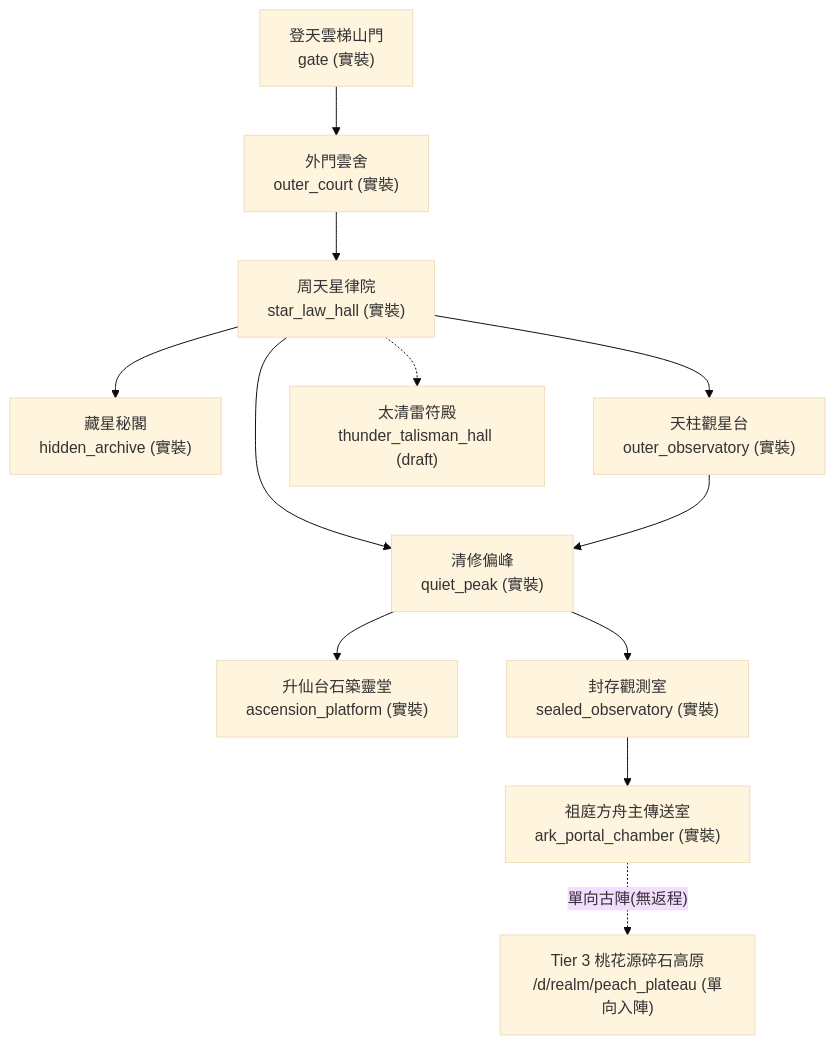
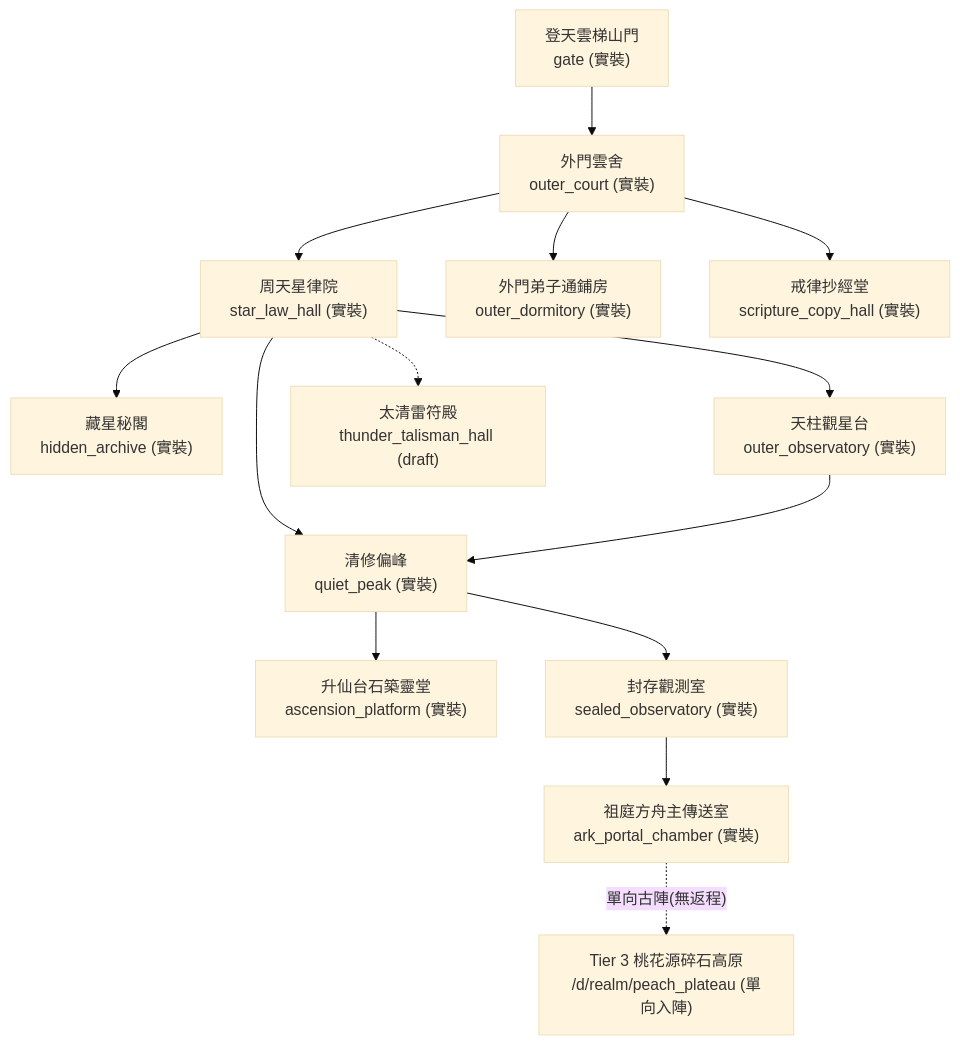
One commit to wade-fs/mudscript changed the diagram in forgotten-space/narrative/docs/maps/tier2/taiqing_map.md. Above: the diagram before and after it, drawn with Mermaid (base theme). The commit also changed other lines of this file and 16 other files, not shown here.

````diff
--- a/forgotten-space/narrative/docs/maps/tier2/taiqing_map.md
+++ b/forgotten-space/narrative/docs/maps/tier2/taiqing_map.md
@@ -24,25 +26,27 @@
 ```mermaid
 flowchart TD
   gate["登天雲梯山門<br/>gate (實裝)"]
   outer_court["外門雲舍<br/>outer_court (實裝)"]
   star_law_hall["周天星律院<br/>star_law_hall (實裝)"]
   hidden_archive["藏星秘閣<br/>hidden_archive (實裝)"]
   outer_observatory["天柱觀星台<br/>outer_observatory (實裝)"]
   quiet_peak["清修偏峰<br/>quiet_peak (實裝)"]
   ascension_platform["升仙台石築靈堂<br/>ascension_platform (實裝)"]
   thunder_talisman_hall["太清雷符殿<br/>thunder_talisman_hall (draft)"]
   sealed_observatory["封存觀測室<br/>sealed_observatory (實裝)"]
   ark_portal_chamber["祖庭方舟主傳送室<br/>ark_portal_chamber (實裝)"]
   peach_plateau["Tier 3 桃花源碎石高原<br/>/d/realm/peach_plateau (單向入陣)"]
   gate --> outer_court
+  outer_court --> outer_dormitory["外門弟子通鋪房<br/>outer_dormitory (實裝)"]
+  outer_court --> scripture_copy_hall["戒律抄經堂<br/>scripture_copy_hall (實裝)"]
   outer_court --> star_law_hall
   star_law_hall --> hidden_archive
   star_law_hall --> outer_observatory
   star_law_hall --> quiet_peak
   outer_observatory --> quiet_peak
   quiet_peak --> ascension_platform
   quiet_peak --> sealed_observatory
   sealed_observatory --> ark_portal_chamber
   ark_portal_chamber -.單向古陣(無返程).-> peach_plateau
   star_law_hall -.-> thunder_talisman_hall
 ```
````
